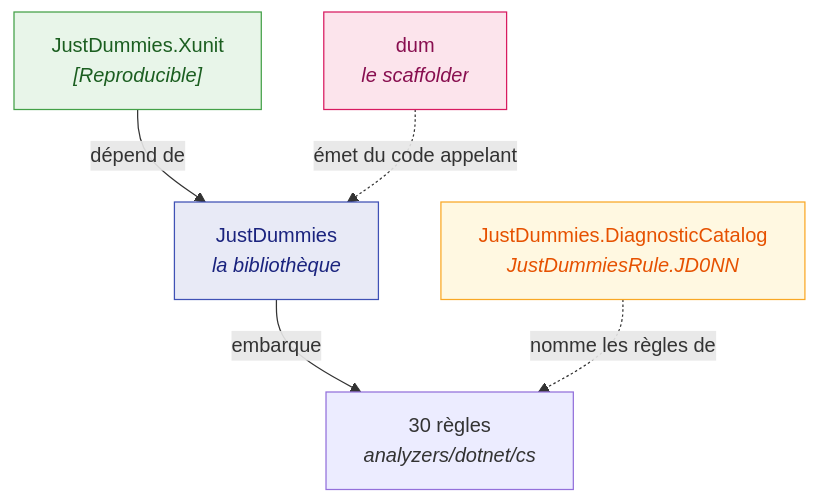
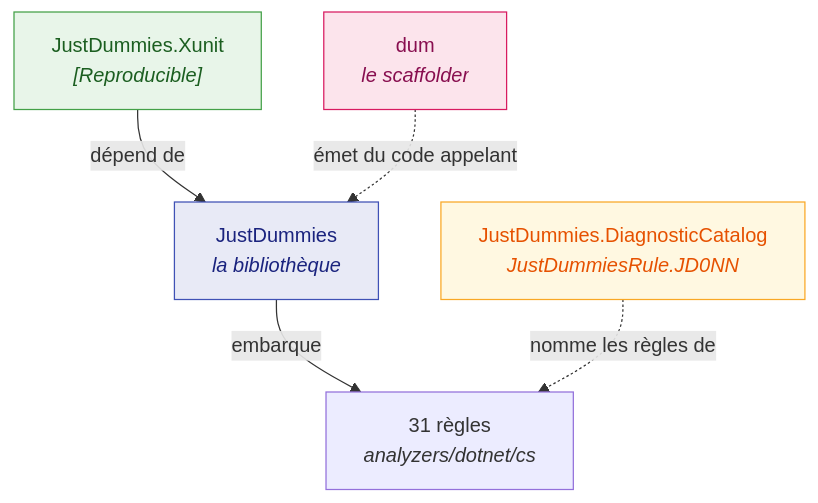
The diagram in doc/handwritten/for-users/packages/README.fr.md (Reefact/just-dummies), drawn with Mermaid before and after one commit. The commit also changed other lines of this file and 31 other files, not shown here.

````diff
--- a/doc/handwritten/for-users/packages/README.fr.md
+++ b/doc/handwritten/for-users/packages/README.fr.md
@@ -19,12 +19,12 @@
 ```mermaid
 flowchart TD
-    L["JustDummies<br/><i>la bibliothèque</i>"] -->|"embarque"| A["30 règles<br/><i>analyzers/dotnet/cs</i>"]
+    L["JustDummies<br/><i>la bibliothèque</i>"] -->|"embarque"| A["31 règles<br/><i>analyzers/dotnet/cs</i>"]
     X["JustDummies.Xunit<br/><i>[Reproducible]</i>"] -->|"dépend de"| L
     C["JustDummies.DiagnosticCatalog<br/><i>JustDummiesRule.JD0NN</i>"]
     C -.->|"nomme les règles de"| A
     D["dum<br/><i>le scaffolder</i>"] -.->|"émet du code appelant"| L
     style L fill:#e8eaf6,stroke:#3f51b5,color:#1a237e
     style X fill:#e8f5e9,stroke:#43a047,color:#1b5e20
     style C fill:#fff8e1,stroke:#f9a825,color:#e65100
     style D fill:#fce4ec,stroke:#d81b60,color:#880e4f
 ```
````
